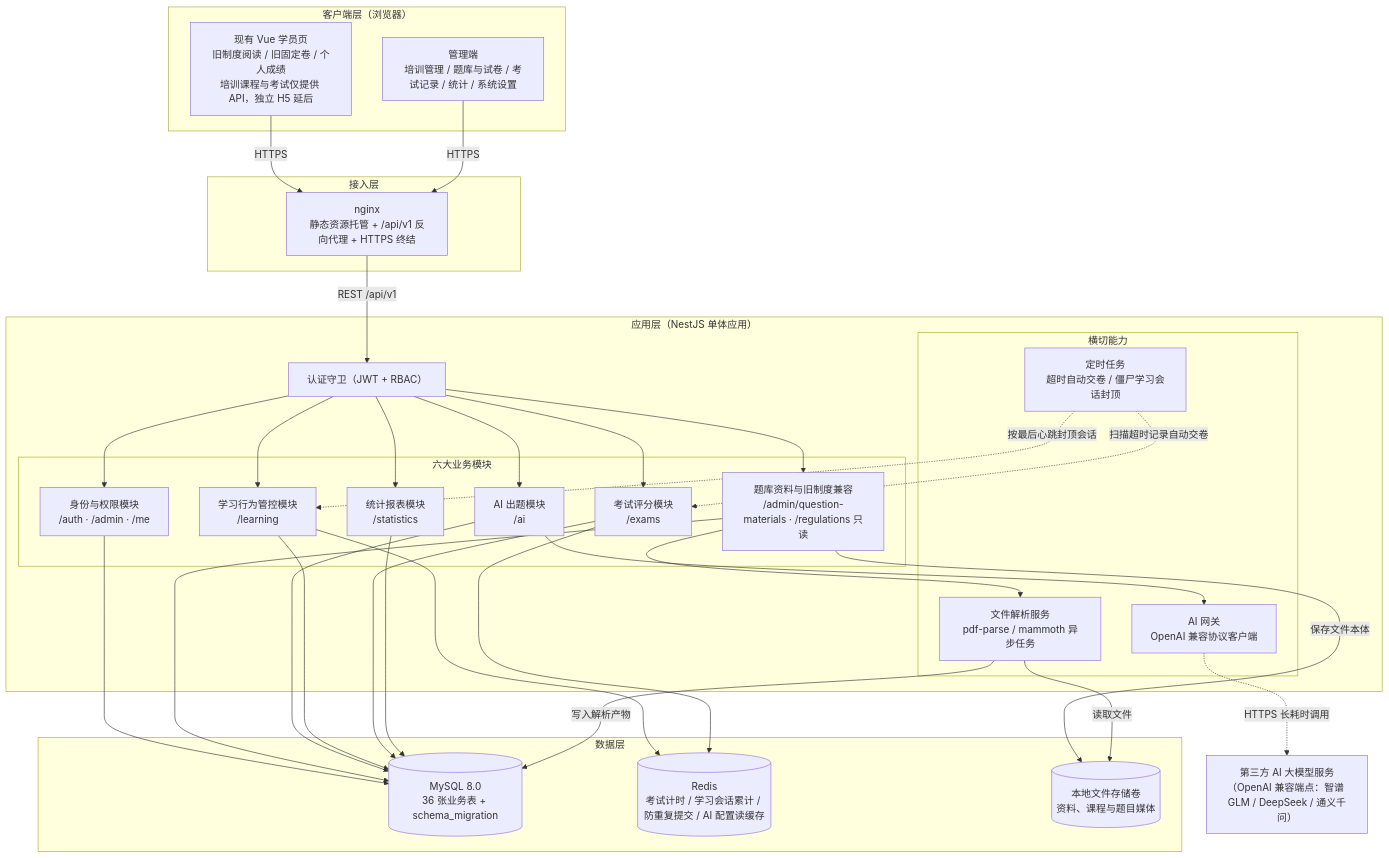
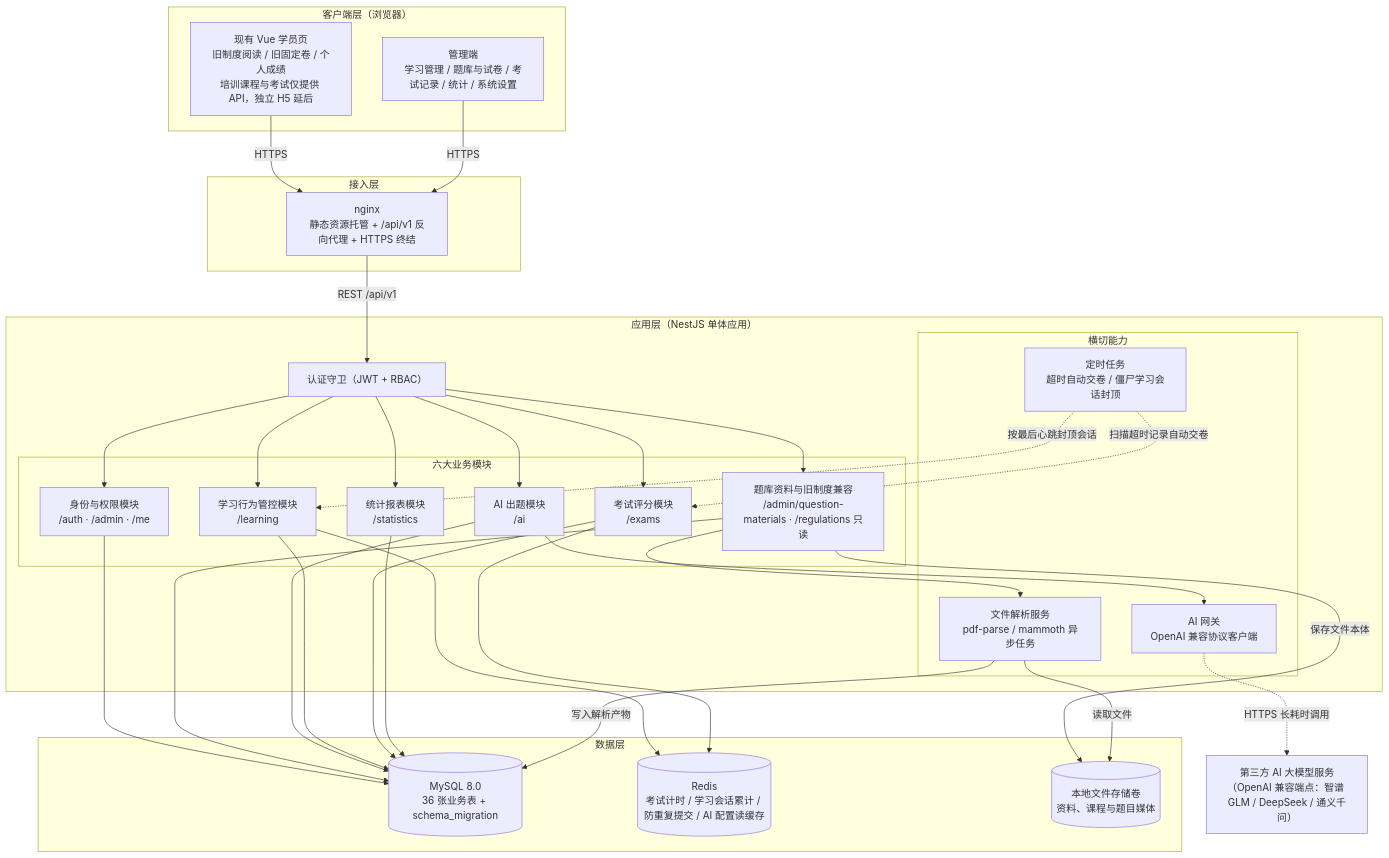
Before and after one commit to caoguanjie/emodor-exam: the first of 2 diagrams in docs/design/02-系统架构.md, drawn with Mermaid. The commit also changed other lines of this file and 93 other files, not shown here.

````diff
--- a/docs/design/02-系统架构.md
+++ b/docs/design/02-系统架构.md
@@ -38,62 +38,62 @@
 ```mermaid
 graph TD
     subgraph CL["客户端层（浏览器）"]
         E["现有 Vue 学员页<br/>旧制度阅读 / 旧固定卷 / 个人成绩<br/>培训课程与考试仅提供 API，独立 H5 延后"]
-        M["管理端<br/>培训管理 / 题库与试卷 / 考试记录 / 统计 / 系统设置"]
+        M["管理端<br/>学习管理 / 题库与试卷 / 考试记录 / 统计 / 系统设置"]
     end
 
     subgraph NL["接入层"]
         NGX["nginx<br/>静态资源托管 + /api/v1 反向代理 + HTTPS 终结"]
     end
 
     subgraph AL["应用层（NestJS 单体应用）"]
         GA["认证守卫（JWT + RBAC）"]
         subgraph BIZ["六大业务模块"]
             M1["身份与权限模块<br/>/auth · /admin · /me"]
             M2["题库资料与旧制度兼容<br/>/admin/question-materials · /regulations 只读"]
             M3["AI 出题模块<br/>/ai"]
             M4["学习行为管控模块<br/>/learning"]
             M5["考试评分模块<br/>/exams"]
             M6["统计报表模块<br/>/statistics"]
         end
         subgraph XC["横切能力"]
             FP["文件解析服务<br/>pdf-parse / mammoth 异步任务"]
             AG["AI 网关<br/>OpenAI 兼容协议客户端"]
             SCH["定时任务<br/>超时自动交卷 / 僵尸学习会话封顶"]
         end
     end
 
     subgraph DL["数据层"]
         DB[("MySQL 8.0<br/>36 张业务表 + schema_migration")]
         RD[("Redis<br/>考试计时 / 学习会话累计 / 防重复提交 / AI 配置读缓存")]
         FS[("本地文件存储卷<br/>资料、课程与题目媒体")]
     end
 
     EXT["第三方 AI 大模型服务<br/>（OpenAI 兼容端点：智谱 GLM / DeepSeek / 通义千问）"]
 
     E -->|"HTTPS"| NGX
     M -->|"HTTPS"| NGX
     NGX -->|"REST /api/v1"| GA
     GA --> M1
     GA --> M2
     GA --> M3
     GA --> M4
     GA --> M5
     GA --> M6
     M2 --> FP
     M3 --> AG
     SCH -.->|"扫描超时记录自动交卷"| M5
     SCH -.->|"按最后心跳封顶会话"| M4
     M1 --> DB
     M2 --> DB
     M3 --> DB
     M4 --> DB
     M5 --> DB
     M6 --> DB
     M4 --> RD
     M5 --> RD
     M2 -->|"保存文件本体"| FS
     FP -->|"读取文件"| FS
     FP -->|"写入解析产物"| DB
     AG -.->|"HTTPS 长耗时调用"| EXT
 ```
````
